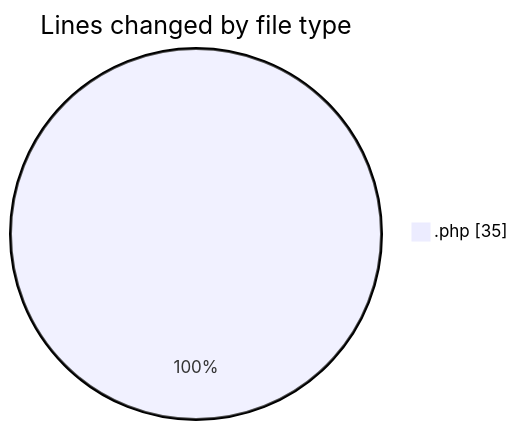
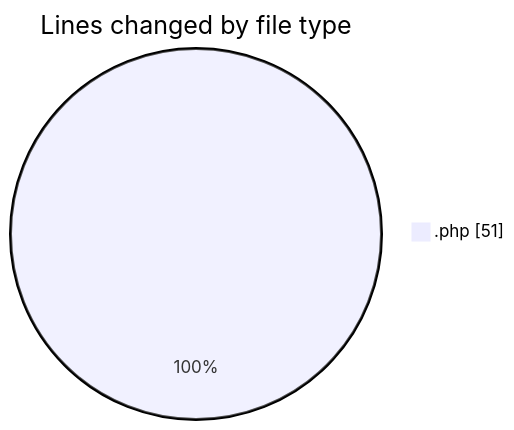
Before and after one commit to LanceThiago/code-tracking: the first of 2 diagrams in 2025-06-05/web/README.md, drawn with Mermaid. The commit also changed other lines of this file and 1 other file, not shown here.

````diff
--- a/2025-06-05/web/README.md
+++ b/2025-06-05/web/README.md
@@ -20,5 +20,5 @@
 ```mermaid
 pie showData
 title Lines changed by file type
-".php" : 35
+".php" : 51
 ```
````
